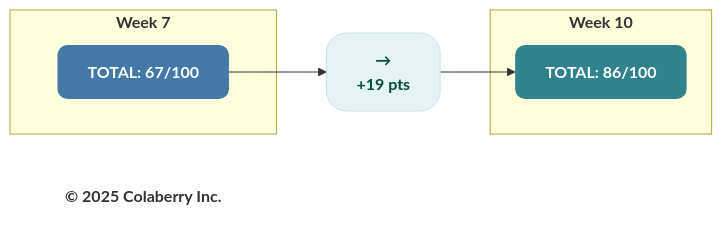
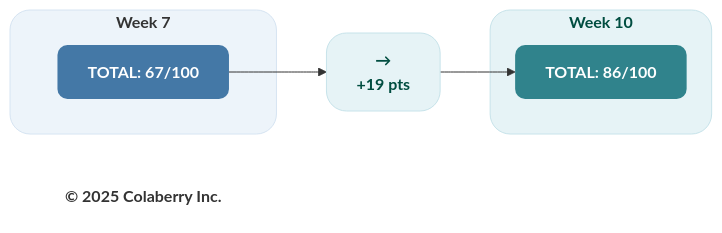
Diagram 12 of 14 in manuscript/07_chapter_6_transparency_orchestration_layers.md (saitejesh-cyber/trust-before-intelligence-book), drawn with Mermaid before and after one commit. The commit also changed other lines of this file and 1 other file, not shown here.

Commit message:
fixes for few diagrams

````diff
--- a/manuscript/07_chapter_6_transparency_orchestration_layers.md
+++ b/manuscript/07_chapter_6_transparency_orchestration_layers.md
@@ -1096,21 +1101,23 @@
 ```mermaid
 graph LR
-    subgraph "<b>Week 7</b>"
+    subgraph WEEK7["<b>Week 7</b>"]
         W7["<b>TOTAL: 67/100</b>"]
     end
     
     Arrow["<b>→</b><br/><b>+19 pts</b>"]
     
-    subgraph "<b>Week 10</b>"
+    subgraph WEEK10["<b>Week 10</b>"]
         W10["<b>TOTAL: 86/100</b>"]
     end
     
     Copyright["<b>© 2025 Colaberry Inc.</b>"]
     
     W7 --> Arrow --> W10
     
     style W7 fill:#4478A6,stroke:none,color:#ffffff,rx:10,ry:10
     style Arrow fill:#e6f3f6,stroke:#c7e3ea,stroke-width:1px,color:#004d40,rx:20,ry:20
     style W10 fill:#30838C,stroke:none,color:#ffffff,rx:10,ry:10
+    style WEEK7 fill:#edf4fa,stroke:#d6e4f2,stroke-width:1px,color:#333333,rx:20,ry:20
+    style WEEK10 fill:#e6f3f6,stroke:#c7e3ea,stroke-width:1px,color:#004d40,rx:20,ry:20
     style Copyright fill:none,stroke:none,color:#333333
 ```
````
